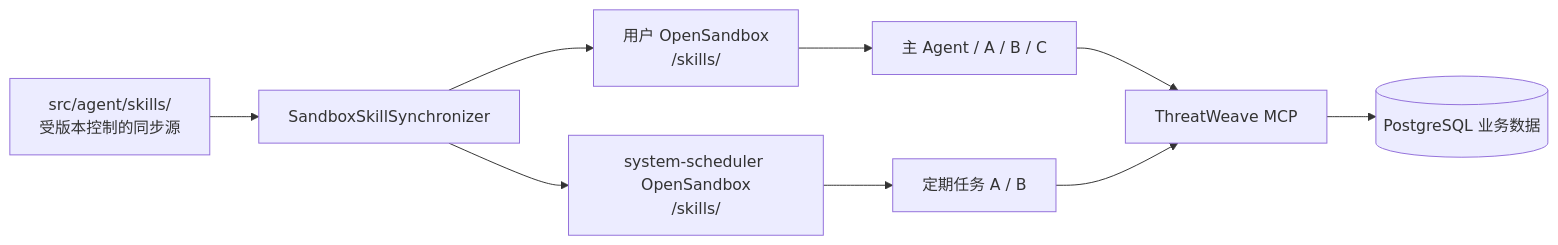
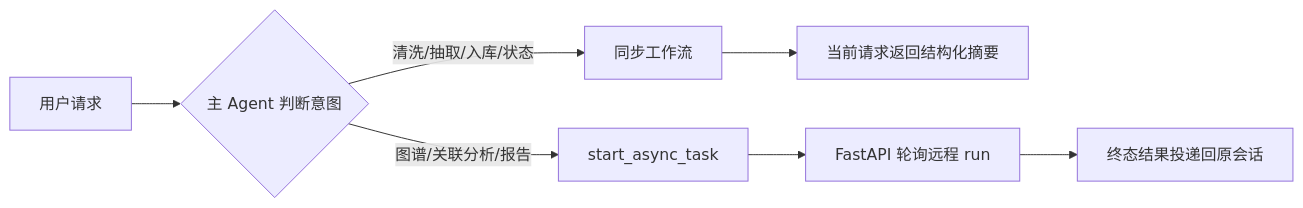
Before and after one commit to greenC2h/ThreatWeave: the second of 9 diagrams in doc/PROJECT_DOCUMENTATION.md, drawn with Mermaid. The commit also changed other lines of this file and 3 other files, not shown here.

````diff
--- a/doc/PROJECT_DOCUMENTATION.md
+++ b/doc/PROJECT_DOCUMENTATION.md
@@ -83,11 +93,9 @@
 ```mermaid
 flowchart LR
-    REPO["src/agent/skills/<br/>受版本控制的同步源"] --> SYNC["SandboxSkillSynchronizer"]
-    SYNC --> USER_SB["用户 OpenSandbox<br/>/skills/"]
-    SYNC --> SYSTEM_SB["system-scheduler OpenSandbox<br/>/skills/"]
-    USER_SB --> USER_AGENTS["主 Agent / A / B / C"]
-    SYSTEM_SB --> SYSTEM_AGENTS["定期任务 A / B"]
-    USER_AGENTS --> MCP["ThreatWeave MCP"]
-    SYSTEM_AGENTS --> MCP
-    MCP --> DB[("PostgreSQL 业务数据")]
+    REQUEST["用户请求"] --> CLASSIFY{"主 Agent 判断意图"}
+    CLASSIFY -->|"清洗/抽取/入库/状态"| SYNC["同步工作流"]
+    SYNC --> RESULT["当前请求返回结构化摘要"]
+    CLASSIFY -->|"图谱/关联分析/报告"| ASYNC["start_async_task"]
+    ASYNC --> POLL["FastAPI 轮询远程 run"]
+    POLL --> RESULT2["终态结果投递回原会话"]
 ```
````
